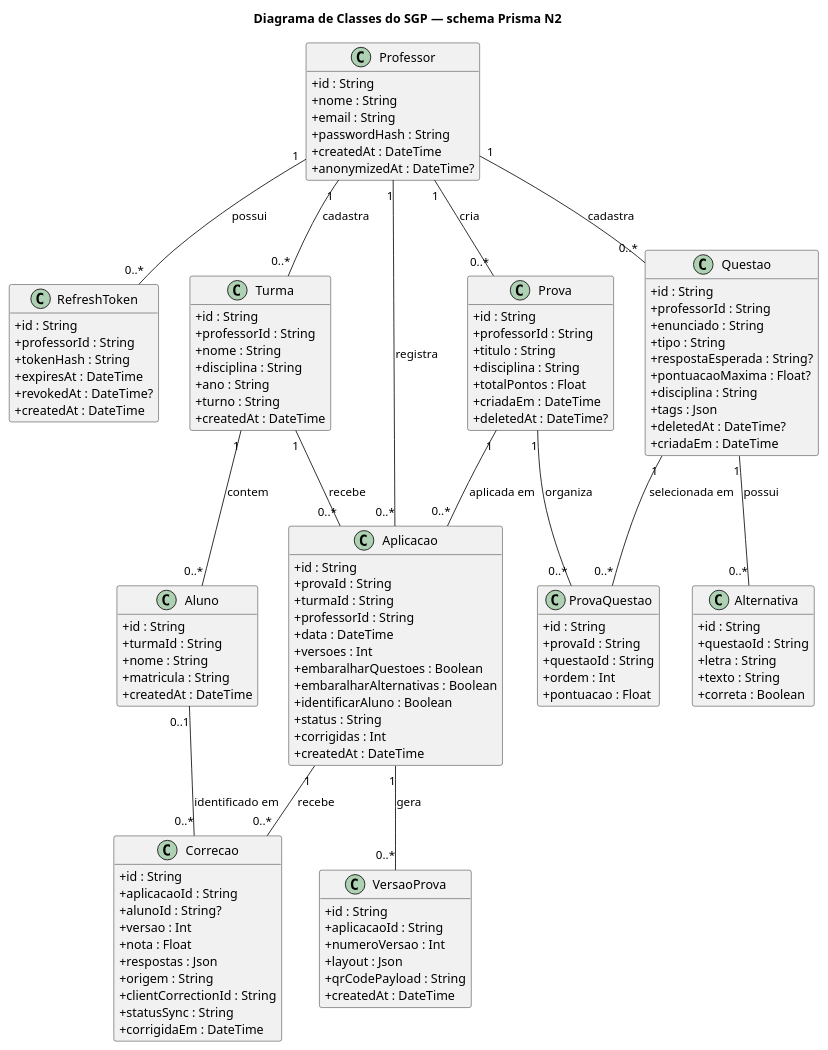
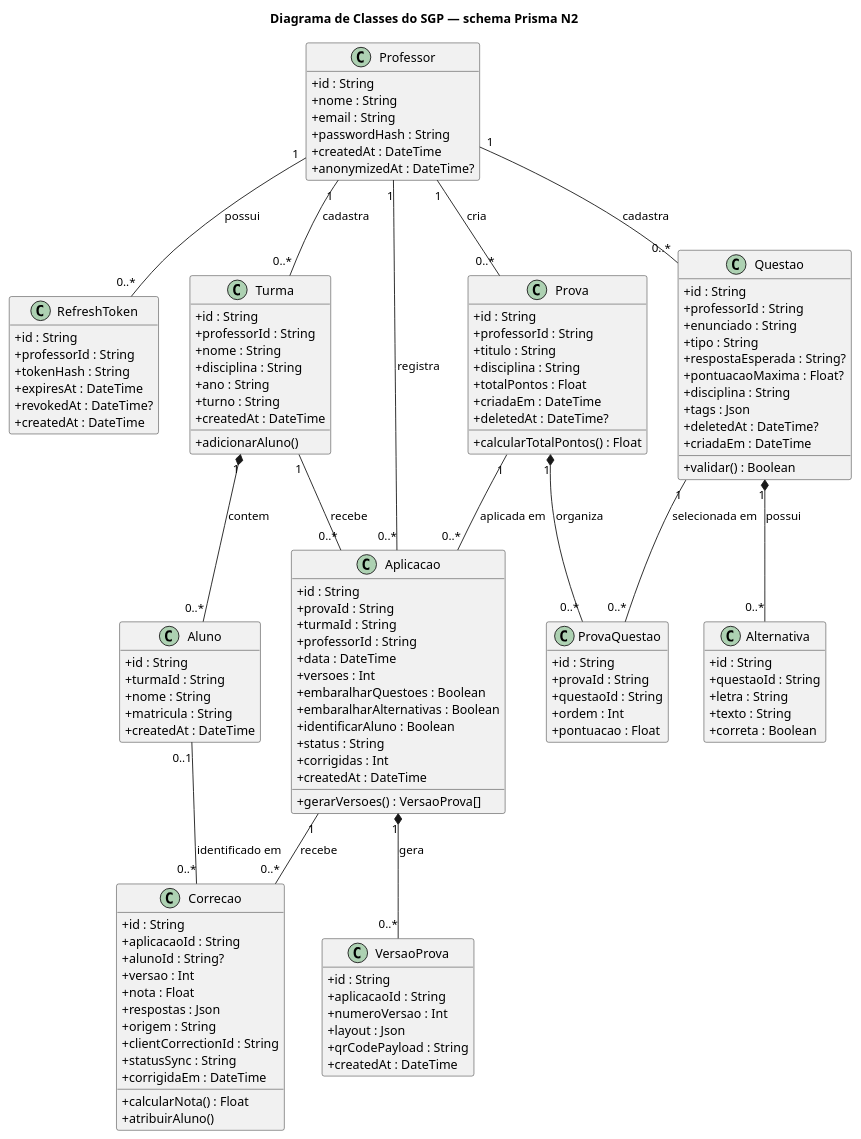
The diagram in docs/uml/03-classe/classe.puml (thiagomaes/sgp-provas), drawn with PlantUML before and after one commit. The commit also changed 1 other file, not shown here.

Commit message:
docs(docs): restaura métodos e análise do diagrama de classes

```diff
--- a/docs/uml/03-classe/classe.puml
+++ b/docs/uml/03-classe/classe.puml
@@ -1,132 +1,138 @@
 @startuml
 title Diagrama de Classes do SGP — schema Prisma N2
 skinparam classAttributeIconSize 0
 hide empty members
 
 class Professor {
   +id : String
   +nome : String
   +email : String
   +passwordHash : String
   +createdAt : DateTime
   +anonymizedAt : DateTime?
 }
 
 class RefreshToken {
   +id : String
   +professorId : String
   +tokenHash : String
   +expiresAt : DateTime
   +revokedAt : DateTime?
   +createdAt : DateTime
 }
 
 class Turma {
   +id : String
   +professorId : String
   +nome : String
   +disciplina : String
   +ano : String
   +turno : String
   +createdAt : DateTime
+  +adicionarAluno()
 }
 
 class Aluno {
   +id : String
   +turmaId : String
   +nome : String
   +matricula : String
   +createdAt : DateTime
 }
 
 class Questao {
   +id : String
   +professorId : String
   +enunciado : String
   +tipo : String
   +respostaEsperada : String?
   +pontuacaoMaxima : Float?
   +disciplina : String
   +tags : Json
   +deletedAt : DateTime?
   +criadaEm : DateTime
+  +validar() : Boolean
 }
 
 class Alternativa {
   +id : String
   +questaoId : String
   +letra : String
   +texto : String
   +correta : Boolean
 }
 
 class Prova {
   +id : String
   +professorId : String
   +titulo : String
   +disciplina : String
   +totalPontos : Float
   +criadaEm : DateTime
   +deletedAt : DateTime?
+  +calcularTotalPontos() : Float
 }
 
 class ProvaQuestao {
   +id : String
   +provaId : String
   +questaoId : String
   +ordem : Int
   +pontuacao : Float
 }
 
 class Aplicacao {
   +id : String
   +provaId : String
   +turmaId : String
   +professorId : String
   +data : DateTime
   +versoes : Int
   +embaralharQuestoes : Boolean
   +embaralharAlternativas : Boolean
   +identificarAluno : Boolean
   +status : String
   +corrigidas : Int
   +createdAt : DateTime
+  +gerarVersoes() : VersaoProva[]
 }
 
 class VersaoProva {
   +id : String
   +aplicacaoId : String
   +numeroVersao : Int
   +layout : Json
   +qrCodePayload : String
   +createdAt : DateTime
 }
 
 class Correcao {
   +id : String
   +aplicacaoId : String
   +alunoId : String?
   +versao : Int
   +nota : Float
   +respostas : Json
   +origem : String
   +clientCorrectionId : String
   +statusSync : String
   +corrigidaEm : DateTime
+  +calcularNota() : Float
+  +atribuirAluno()
 }
 
 Professor "1" -- "0..*" RefreshToken : possui
 Professor "1" -- "0..*" Turma : cadastra
 Professor "1" -- "0..*" Questao : cadastra
 Professor "1" -- "0..*" Prova : cria
 Professor "1" -- "0..*" Aplicacao : registra
-Turma "1" -- "0..*" Aluno : contem
+Turma "1" *-- "0..*" Aluno : contem
 Turma "1" -- "0..*" Aplicacao : recebe
-Questao "1" -- "0..*" Alternativa : possui
+Questao "1" *-- "0..*" Alternativa : possui
 Questao "1" -- "0..*" ProvaQuestao : selecionada em
-Prova "1" -- "0..*" ProvaQuestao : organiza
+Prova "1" *-- "0..*" ProvaQuestao : organiza
 Prova "1" -- "0..*" Aplicacao : aplicada em
-Aplicacao "1" -- "0..*" VersaoProva : gera
+Aplicacao "1" *-- "0..*" VersaoProva : gera
 Aplicacao "1" -- "0..*" Correcao : recebe
 Aluno "0..1" -- "0..*" Correcao : identificado em
 @enduml
```
